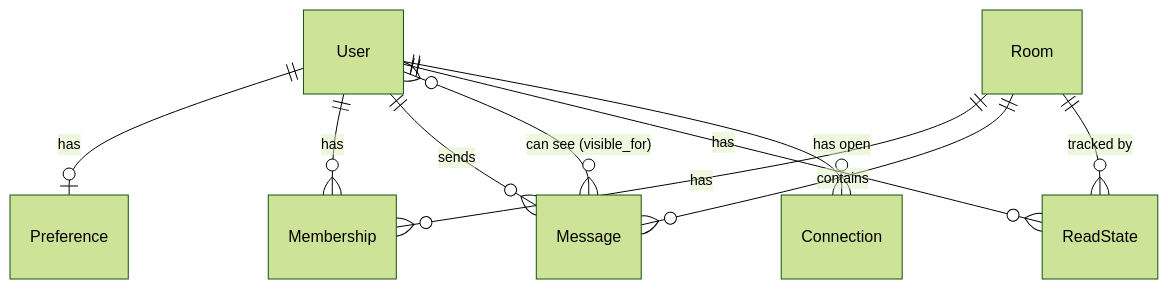
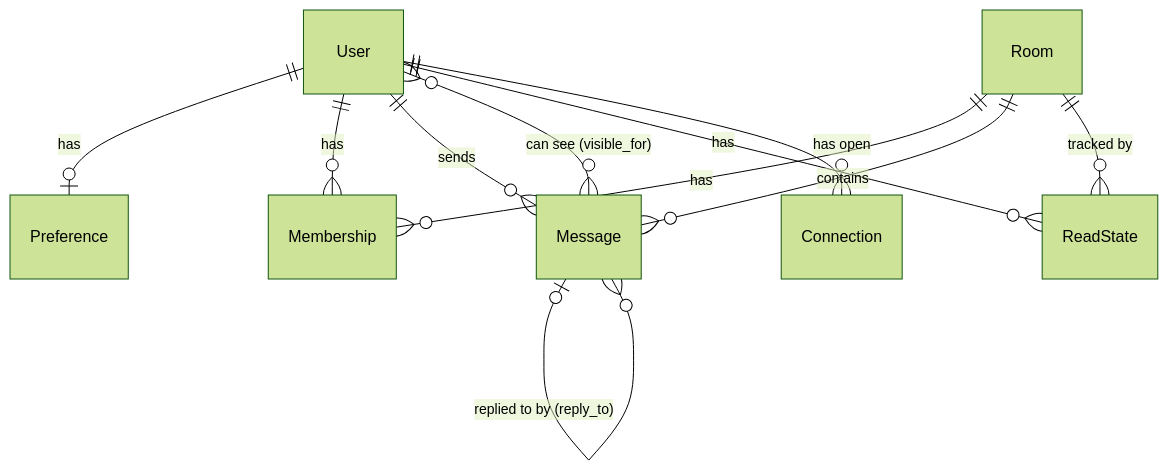
The diagram in docs/data-model.md (achuthvarghese/django-realtime-chat), drawn with Mermaid (forest theme) before and after one commit. The commit also changed other lines of this file and 10 other files, not shown here.

````diff
--- a/docs/data-model.md
+++ b/docs/data-model.md
@@ -3,12 +3,13 @@
 ```mermaid
 erDiagram
     User ||--o| Preference : "has"
     User ||--o{ Membership : "has"
     Room ||--o{ Membership : "has"
     Room ||--o{ Message : "contains"
     User ||--o{ Message : "sends"
     User }o--o{ Message : "can see (visible_for)"
+    Message |o--o{ Message : "replied to by (reply_to)"
     User ||--o{ ReadState : "has"
     Room ||--o{ ReadState : "tracked by"
     User ||--o{ Connection : "has open"
 ```
````
